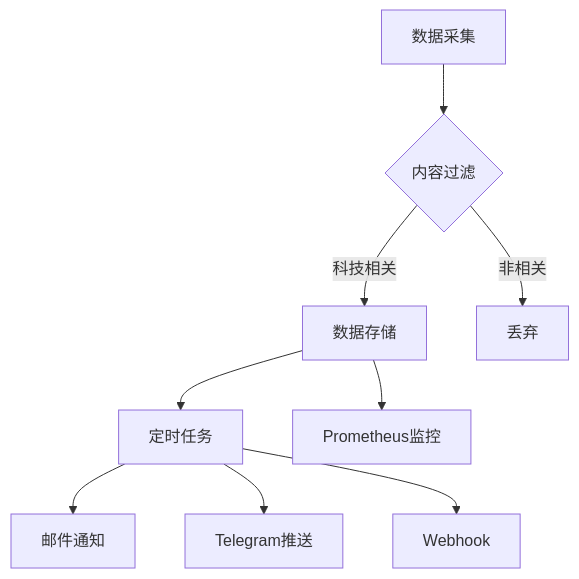
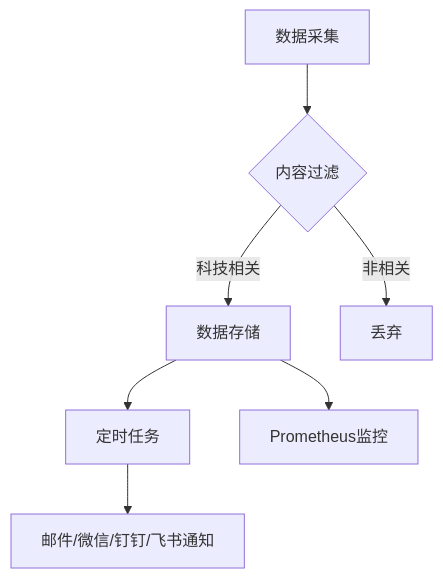
The diagram in README.md (DpengYu/NewsDetector), drawn with Mermaid before and after one commit. The commit also changed other lines of this file and 4 other files, not shown here.

````diff
--- a/README.md
+++ b/README.md
@@ -69,11 +73,9 @@
 ```mermaid
 graph TD
     A[数据采集] --> B{内容过滤}
     B -->|科技相关| C[数据存储]
     B -->|非相关| D[丢弃]
     C --> E[定时任务]
-    E --> F[邮件通知]
-    E --> G[Telegram推送]
-    E --> H[Webhook]
+    E --> F[邮件/微信/钉钉/飞书通知]
     C --> I[Prometheus监控]
 ```
````
